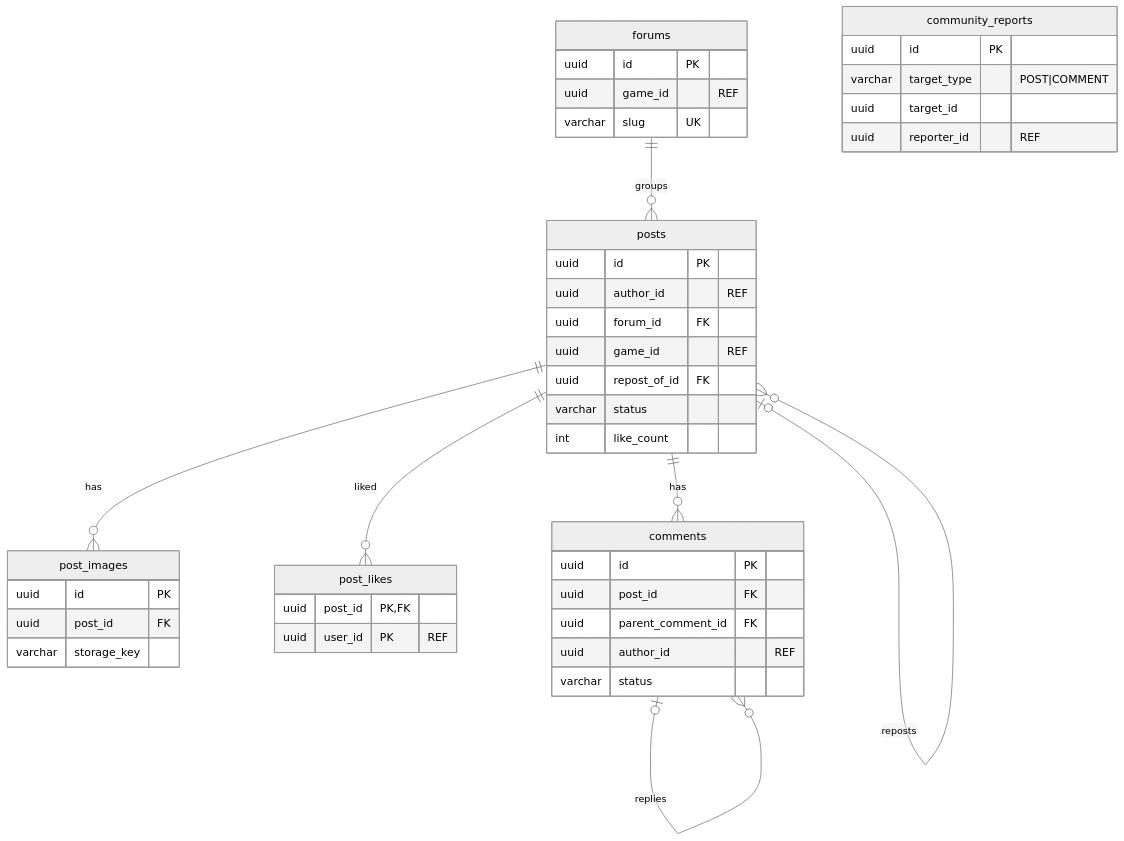
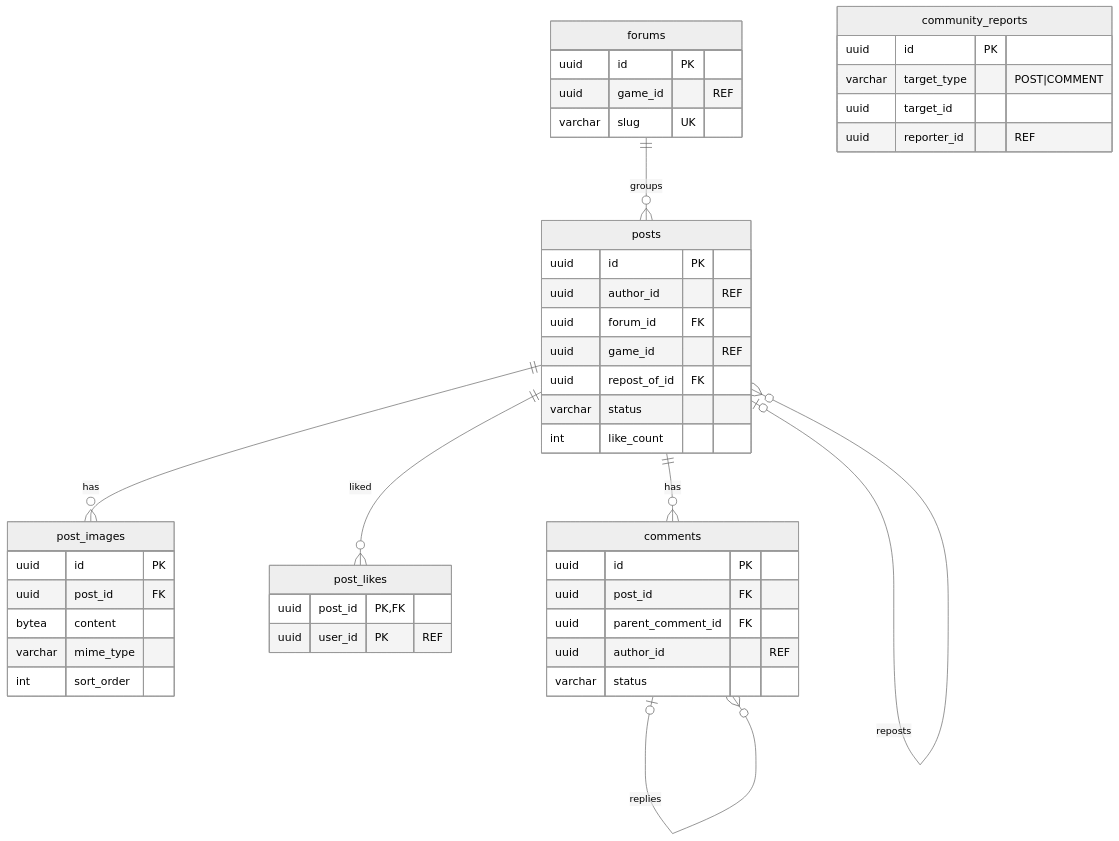
Diagram 11 of 18 in docs/er-diagram.md (alperrte/lobbytwozero), drawn with Mermaid (neutral theme) before and after one commit. The commit also changed 71 other files, not shown here.

````diff
--- a/docs/er-diagram.md
+++ b/docs/er-diagram.md
@@ -505,46 +505,48 @@
 ```mermaid
 erDiagram
   forums ||--o{ posts : groups
   posts ||--o{ post_images : has
   posts ||--o{ post_likes : liked
   posts ||--o{ comments : has
   comments |o--o{ comments : replies
   posts |o--o{ posts : reposts
 
   forums {
     uuid id PK
     uuid game_id "REF"
     varchar slug UK
   }
   posts {
     uuid id PK
     uuid author_id "REF"
     uuid forum_id FK
     uuid game_id "REF"
     uuid repost_of_id FK
     varchar status
     int like_count
   }
   post_images {
     uuid id PK
     uuid post_id FK
-    varchar storage_key
+    bytea content
+    varchar mime_type
+    int sort_order
   }
   post_likes {
     uuid post_id PK,FK
     uuid user_id PK "REF"
   }
   comments {
     uuid id PK
     uuid post_id FK
     uuid parent_comment_id FK
     uuid author_id "REF"
     varchar status
   }
   community_reports {
     uuid id PK
     varchar target_type "POST|COMMENT"
     uuid target_id
     uuid reporter_id "REF"
   }
 ```
````
